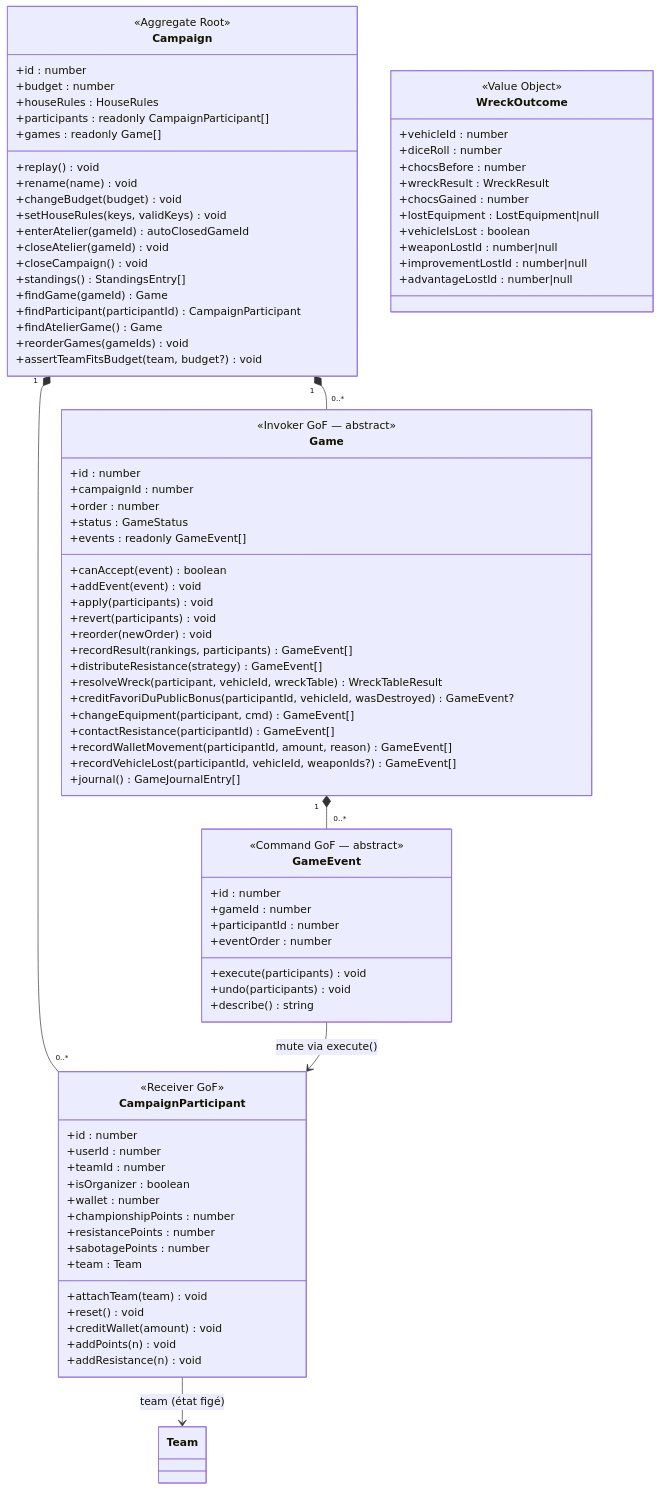
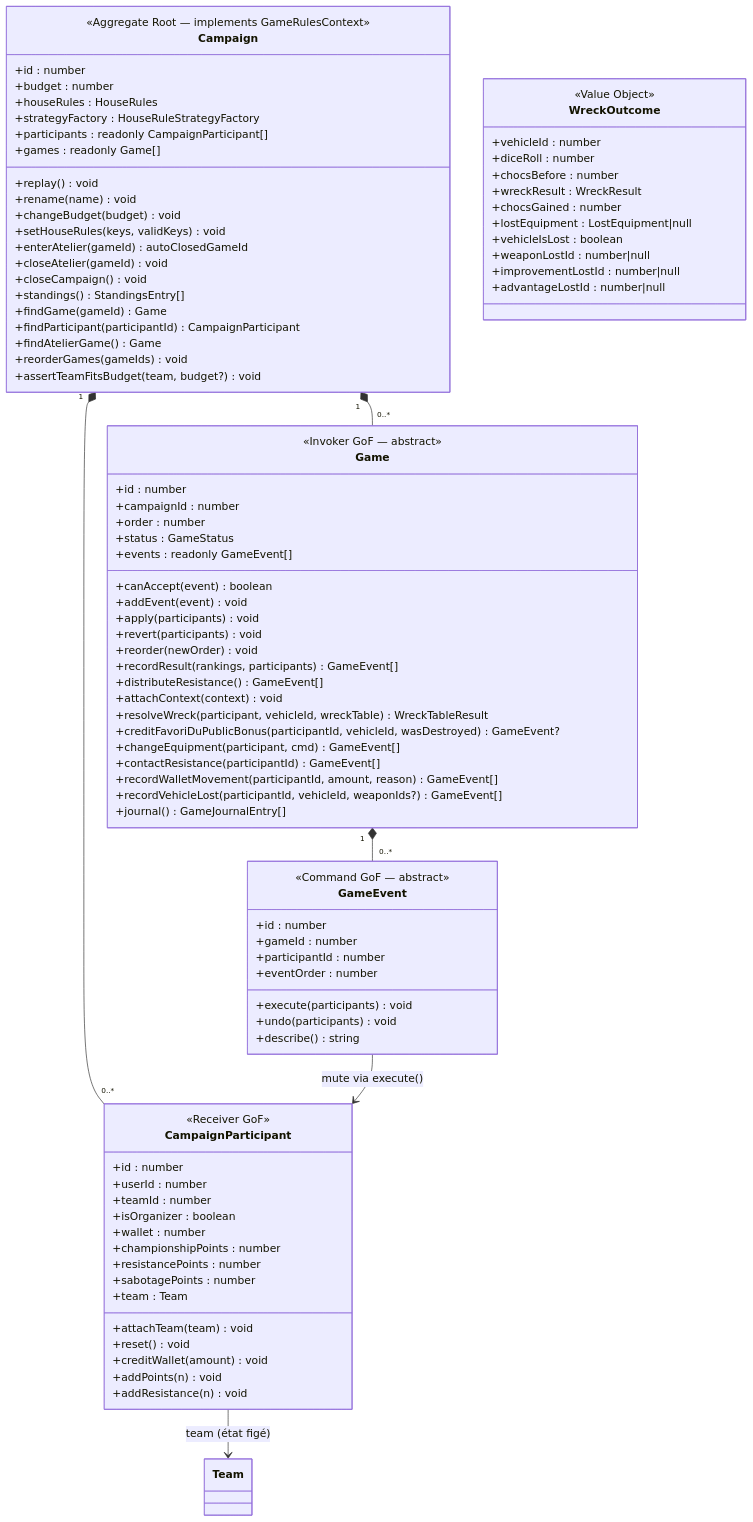
Before and after one commit to arnaudbracchetti/gaslands-manager: the fifth of 6 diagrams in docs/DOMAIN_MODEL.md, drawn with Mermaid. The commit also changed other lines of this file and 14 other files, not shown here.

```diff
--- a/docs/DOMAIN_MODEL.md
+++ b/docs/DOMAIN_MODEL.md
@@ -762,10 +774,11 @@
     direction TB
 
     class Campaign {
-        <<Aggregate Root>>
+        <<Aggregate Root — implements GameRulesContext>>
         +id : number
         +budget : number
         +houseRules : HouseRules
+        +strategyFactory : HouseRuleStrategyFactory
         +participants : readonly CampaignParticipant[]
         +games : readonly Game[]
         +replay() void
@@ -814,7 +827,8 @@
         +revert(participants) void
         +reorder(newOrder) void
         +recordResult(rankings, participants) GameEvent[]
-        +distributeResistance(strategy) GameEvent[]
+        +distributeResistance() GameEvent[]
+        +attachContext(context) void
         +resolveWreck(participant, vehicleId, wreckTable) WreckTableResult
         +creditFavoriDuPublicBonus(participantId, vehicleId, wasDestroyed) GameEvent?
         +changeEquipment(participant, cmd) GameEvent[]
```
